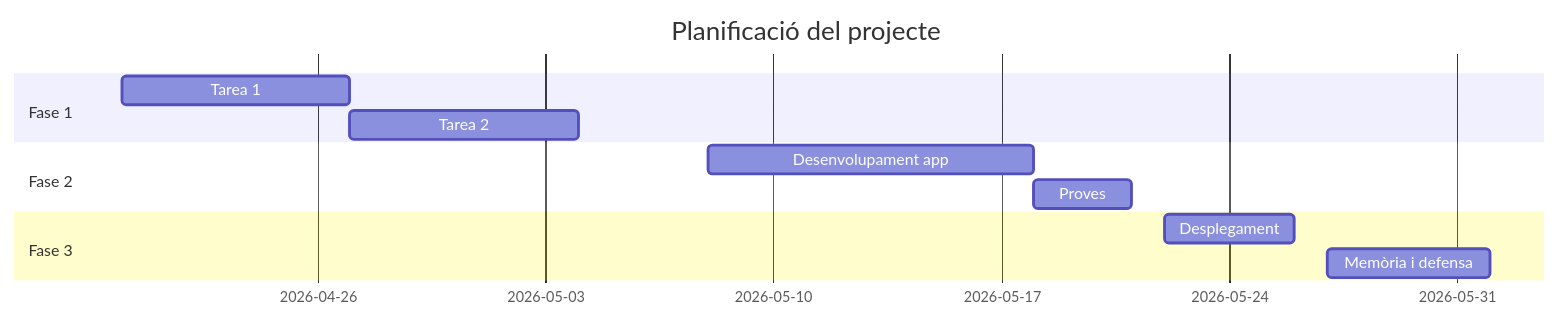
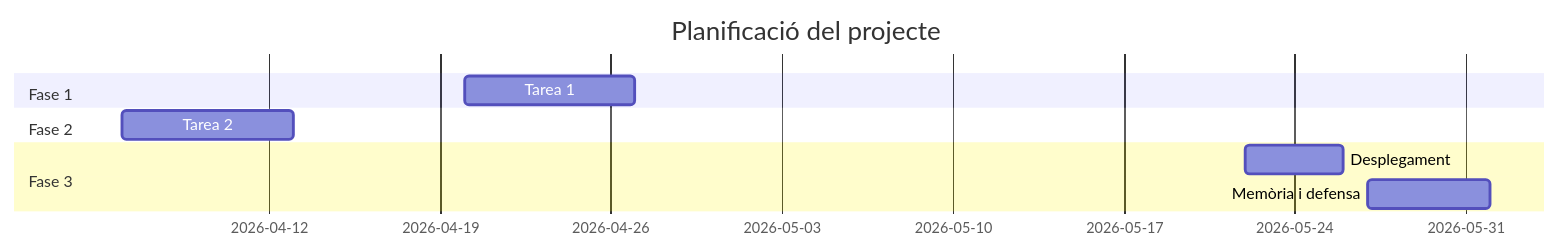
The diagram in README.md (Yang07620/proyecto-final_empresa), drawn with Mermaid before and after one commit.

````diff
--- a/README.md
+++ b/README.md
@@ -1,14 +1,12 @@
 ```mermaid
 gantt
   title Planificació del projecte
   dateFormat YYYY-MM-DD
   section Fase 1
   Tarea 1             :a1, 2026-04-20, 7d
-  Tarea 2             :a2, after a1, 7d
   section Fase 2
-  Desenvolupament app :b1, 2026-05-08, 10d
-  Proves              :b2, after b1, 3d
+  Tarea 2             :b1, 2026-04-6, 7d
   section Fase 3
   Desplegament        :c1, 2026-05-22, 4d
   Memòria i defensa   :c2, 2026-05-27, 5d
 ```
````
